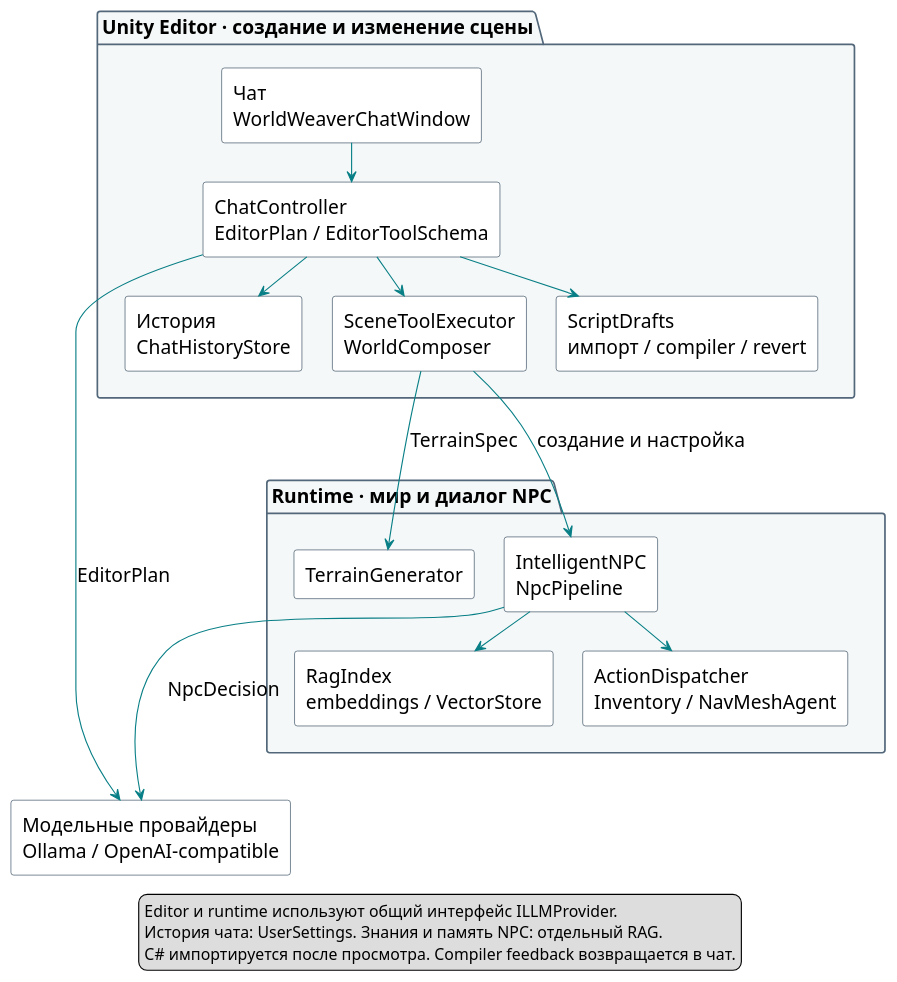
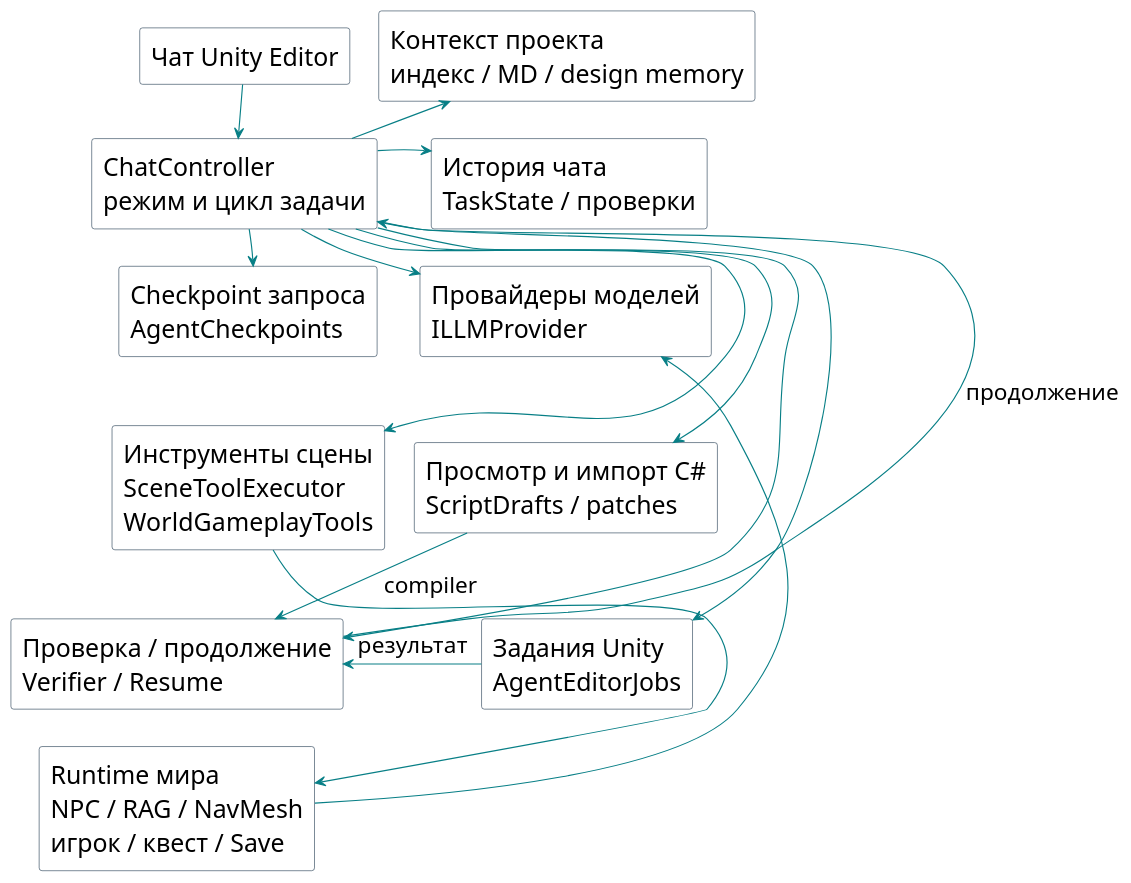
One commit to saslekawaiii/scenepilot-unity changed the diagram in docs/uml/component.puml. Above: the diagram before and after it, drawn with PlantUML. The commit also changed 613 other files, not shown here.

First line of the commit message:
Implement WorldWeaver 1.2 agent, gameplay and model connections

```diff
--- a/docs/uml/component.puml
+++ b/docs/uml/component.puml
@@ -1,54 +1,51 @@
 @startuml
 skinparam defaultFontName Arial
-skinparam defaultFontSize 17
+skinparam defaultFontSize 22
+skinparam ArrowFontSize 20
 skinparam shadowing false
 skinparam componentStyle rectangle
-skinparam nodesep 26
-skinparam ranksep 34
+skinparam componentBorderColor #142F46
+skinparam componentBackgroundColor white
 skinparam ArrowColor #087F86
-skinparam componentBorderColor #142F46
-skinparam componentBackgroundColor #FFFFFF
-skinparam packageBorderColor #52677A
-skinparam packageBackgroundColor #F5F8F8
+skinparam nodesep 24
+skinparam ranksep 32
 top to bottom direction
-
-package "Unity Editor · создание и изменение сцены" as Editor {
-  [Чат\nWorldWeaverChatWindow] as Chat
-  [ChatController\nEditorPlan / EditorToolSchema] as Controller
-  [История\nChatHistoryStore] as History
-  [SceneToolExecutor\nWorldComposer] as Executor
-  [ScriptDrafts\nимпорт / compiler / revert] as Scripts
-  Chat -down-> Controller
-  Controller -down-> History
-  Controller -down-> Executor
-  Controller -down-> Scripts
-  History -[hidden]right-> Executor
-  Executor -[hidden]right-> Scripts
-}
-
-[Модельные провайдеры\nOllama / OpenAI-compatible] as Providers
-
-package "Runtime · мир и диалог NPC" as Runtime {
-  [IntelligentNPC\nNpcPipeline] as Dialogue
-  [RagIndex\nembeddings / VectorStore] as RAG
-  [ActionDispatcher\nInventory / NavMeshAgent] as Actions
-  [TerrainGenerator] as Terrain
-  Dialogue -down-> RAG
-  Dialogue -down-> Actions
-  Terrain -[hidden]right-> Dialogue
-  RAG -[hidden]right-> Actions
-}
-
-Controller --> Providers : EditorPlan
-Executor -down-> Dialogue : создание и настройка
-Executor --> Terrain : TerrainSpec
-Dialogue --> Providers : NpcDecision
-Editor -[hidden]down-> Runtime
-Actions -[hidden]down-> Providers
-
-legend bottom
-  Editor и runtime используют общий интерфейс ILLMProvider.
-  История чата: UserSettings. Знания и память NPC: отдельный RAG.
-  C# импортируется после просмотра. Compiler feedback возвращается в чат.
-endlegend
+[Чат Unity Editor] as UI
+[Контекст проекта\nиндекс / MD / design memory] as Context
+[ChatController\nрежим и цикл задачи] as Agent
+[История чата\nTaskState / проверки] as History
+[Checkpoint запроса\nAgentCheckpoints] as Backup
+[Провайдеры моделей\nILLMProvider] as Models
+[Инструменты сцены\nSceneToolExecutor\nWorldGameplayTools] as Scene
+[Просмотр и импорт C#\nScriptDrafts / patches] as Code
+[Проверка / продолжение\nVerifier / Resume] as Verify
+[Задания Unity\nAgentEditorJobs] as Jobs
+[Runtime мира\nNPC / RAG / NavMesh\nигрок / квест / Save] as Runtime
+UI -[hidden]right-> Context
+Agent -[hidden]right-> History
+Backup -[hidden]right-> Models
+Scene -[hidden]right-> Code
+Verify -[hidden]right-> Jobs
+UI -down-> Agent
+Agent -[hidden]down-> Backup
+Backup -[hidden]down-> Scene
+Scene -[hidden]down-> Verify
+Verify -[hidden]down-> Runtime
+Context -[hidden]down-> History
+History -[hidden]down-> Models
+Models -[hidden]down-> Code
+Code -[hidden]down-> Jobs
+Agent -[norank]-> Context
+Agent -[norank]-> History
+Agent -[norank]-> Backup
+Agent -[norank]-> Models
+Agent -[norank]-> Scene
+Agent -[norank]-> Code
+Agent -[norank]-> Verify
+Agent -[norank]-> Jobs
+Code -[norank]-> Verify : compiler
+Jobs -[norank]-> Verify : результат
+Verify -[norank]-> Agent : продолжение
+Scene -[norank]-> Runtime
+Runtime -[norank]-> Models
 @enduml
```
